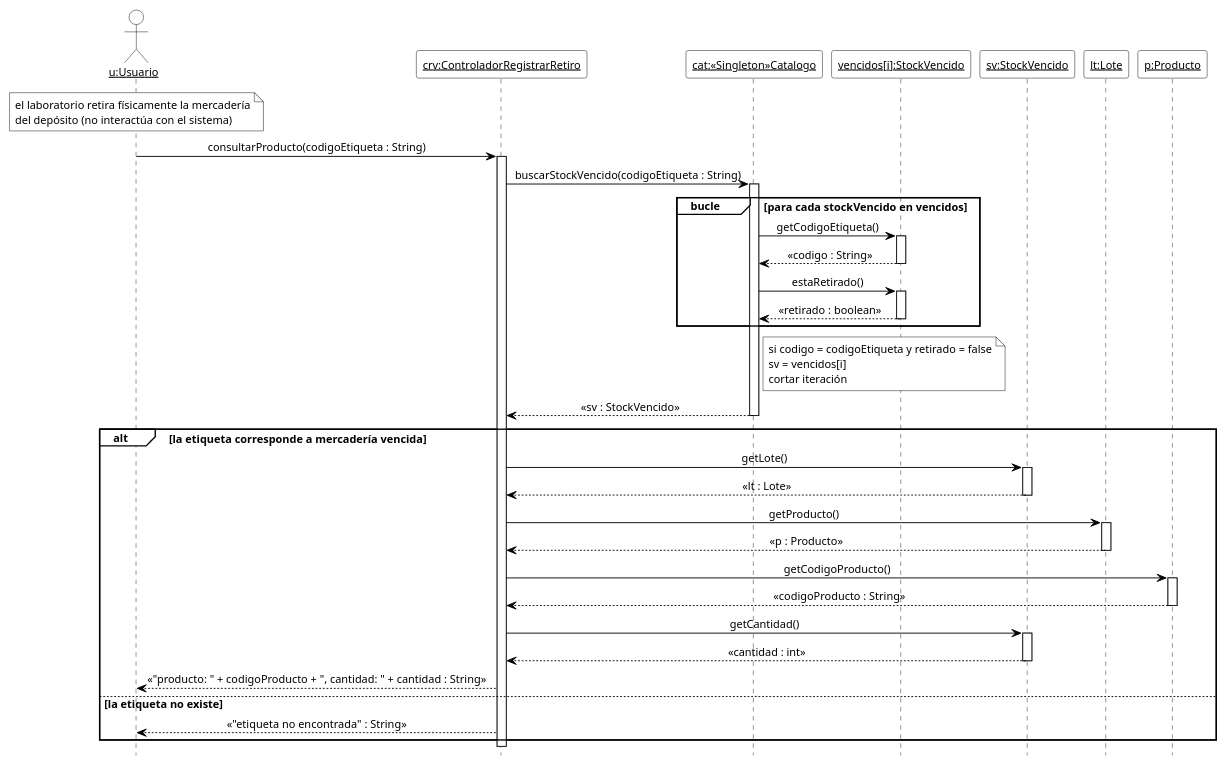
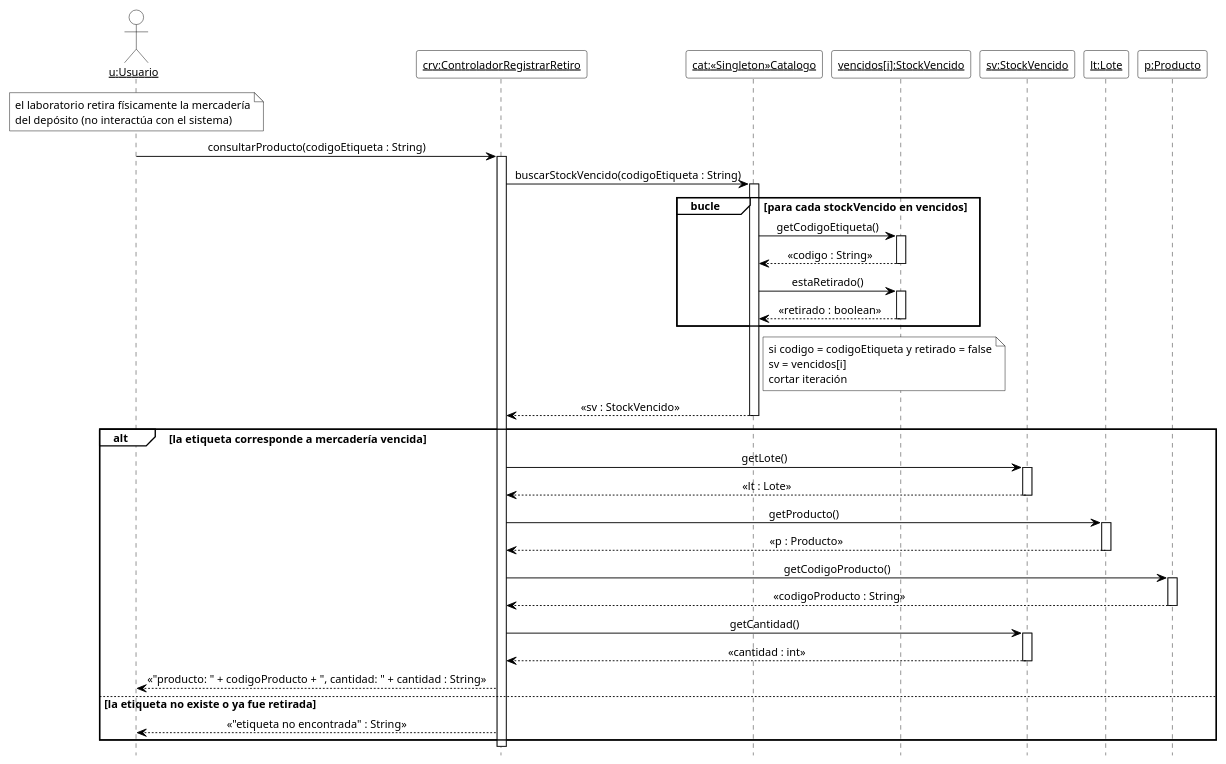
Before and after one commit to cirotop/Stock-Project: the diagram in 08-Diagrama De Secuencia/DSD_CU-07_consultarProducto.puml, drawn with PlantUML. The commit also changed 20 other files, not shown here.

```diff
--- a/08-Diagrama De Secuencia/DSD_CU-07_consultarProducto.puml
+++ b/08-Diagrama De Secuencia/DSD_CU-07_consultarProducto.puml
@@ -1,62 +1,62 @@
 @startuml DSD_CU-07_consultarProducto
 ' Diagrama de Secuencia de Diseño (DSD) - CU-07 Registrar retiro de mercadería vencida - consultarProducto
 ' Estilo de los ejemplos de la teoría (introducirArticulo / crearNuevaVenta).
 hide footbox
 skinparam shadowing false
 skinparam defaultFontName Arial
 skinparam defaultFontSize 12
 skinparam sequenceMessageAlign center
 skinparam ArrowColor black
 skinparam ParticipantBackgroundColor white
 skinparam ParticipantBorderColor black
 skinparam CollectionsBackgroundColor white
 skinparam CollectionsBorderColor black
 skinparam ActorBackgroundColor white
 skinparam ActorBorderColor black
 skinparam LifeLineBorderColor black
 skinparam LifeLineBackgroundColor white
 skinparam SequenceGroupBackgroundColor white
 skinparam SequenceGroupBorderColor black
 skinparam SequenceGroupHeaderFontColor black
 skinparam NoteBackgroundColor white
 skinparam NoteBorderColor black
 
 actor "<u>u:Usuario</u>" as u
 participant "<u>crv:ControladorRegistrarRetiro</u>" as crv
 participant "<u>cat:«Singleton»Catalogo</u>" as cat
 participant "<u>vencidos[i]:StockVencido</u>" as vi
 participant "<u>sv:StockVencido</u>" as sv
 participant "<u>lt:Lote</u>" as lt
 participant "<u>p:Producto</u>" as p
 
 note over u : el laboratorio retira físicamente la mercadería\ndel depósito (no interactúa con el sistema)
 u -> crv ++ : consultarProducto(codigoEtiqueta : String)
 crv -> cat ++ : buscarStockVencido(codigoEtiqueta : String)
 group bucle [para cada stockVencido en vencidos]
   cat -> vi ++ : getCodigoEtiqueta()
   vi --> cat -- : «codigo : String»
   cat -> vi ++ : estaRetirado()
   vi --> cat -- : «retirado : boolean»
 end
 note right of cat
   si codigo = codigoEtiqueta y retirado = false
   sv = vencidos[i]
   cortar iteración
 end note
 cat --> crv -- : «sv : StockVencido»
 alt la etiqueta corresponde a mercadería vencida
   crv -> sv ++ : getLote()
   sv --> crv -- : «lt : Lote»
   crv -> lt ++ : getProducto()
   lt --> crv -- : «p : Producto»
   crv -> p ++ : getCodigoProducto()
   p --> crv -- : «codigoProducto : String»
   crv -> sv ++ : getCantidad()
   sv --> crv -- : «cantidad : int»
   crv --> u : «"producto: " + codigoProducto + ", cantidad: " + cantidad : String»
-else la etiqueta no existe
+else la etiqueta no existe o ya fue retirada
   crv --> u : «"etiqueta no encontrada" : String»
 end
 deactivate crv
 
 @enduml
```
